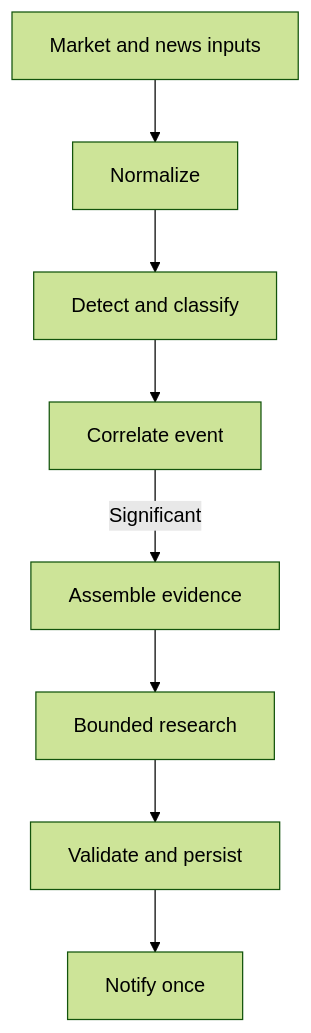
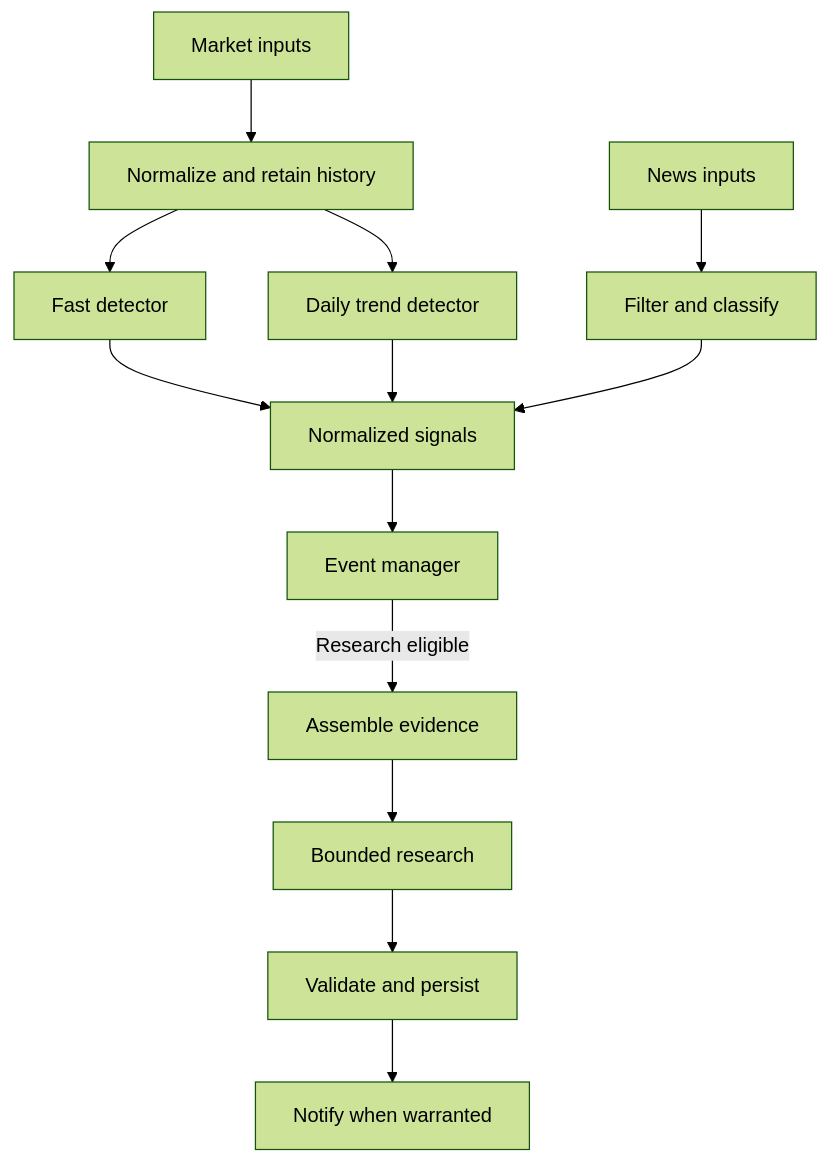
One commit to CarloVelarde/ai-investment-assistant changed the first of 2 diagrams in docs/ARCHITECTURE.md. Above: the diagram before and after it, drawn with Mermaid (forest theme). The commit also changed other lines of this file and 5 other files, not shown here.

````diff
--- a/docs/ARCHITECTURE.md
+++ b/docs/ARCHITECTURE.md
@@ -7,10 +7,15 @@
 ```mermaid
 flowchart TD
-    A["Market and news inputs"] --> B["Normalize"]
-    B --> C["Detect and classify"]
-    C --> D["Correlate event"]
-    D -->|Significant| E["Assemble evidence"]
-    E --> F["Bounded research"]
-    F --> G["Validate and persist"]
-    G --> H["Notify once"]
+    A["Market inputs"] --> B["Normalize and retain history"]
+    B --> C["Fast detector"]
+    B --> D["Daily trend detector"]
+    N["News inputs"] --> O["Filter and classify"]
+    C --> E["Normalized signals"]
+    D --> E
+    O --> E
+    E --> F["Event manager"]
+    F -->|Research eligible| G["Assemble evidence"]
+    G --> H["Bounded research"]
+    H --> I["Validate and persist"]
+    I --> J["Notify when warranted"]
 ```
````
